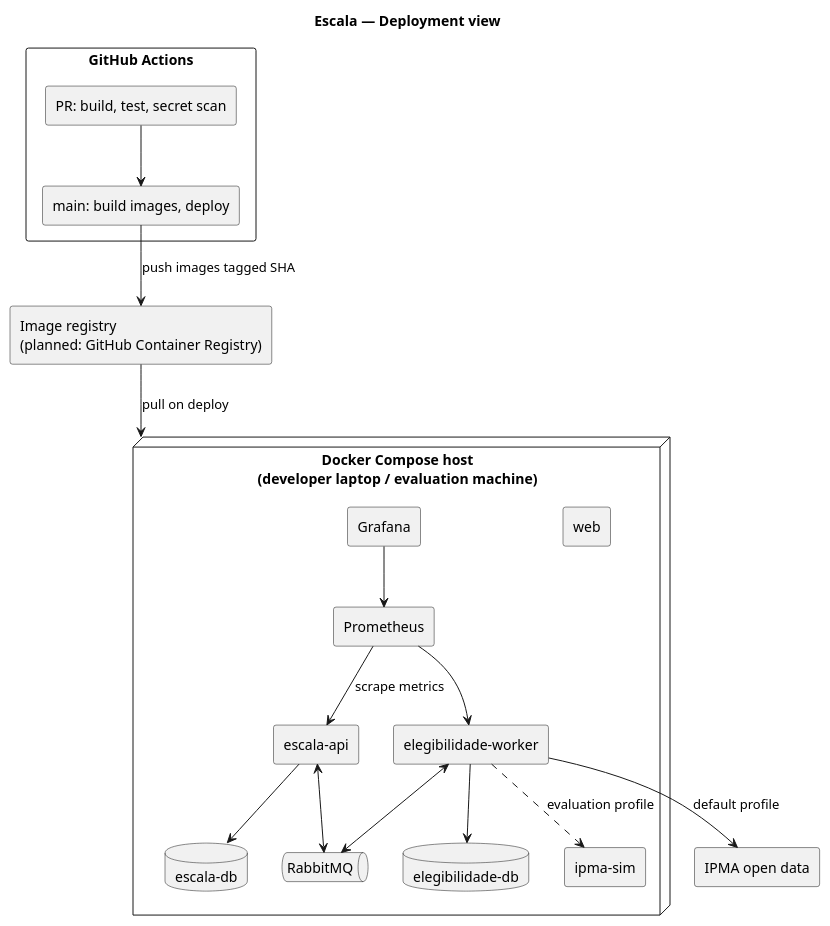
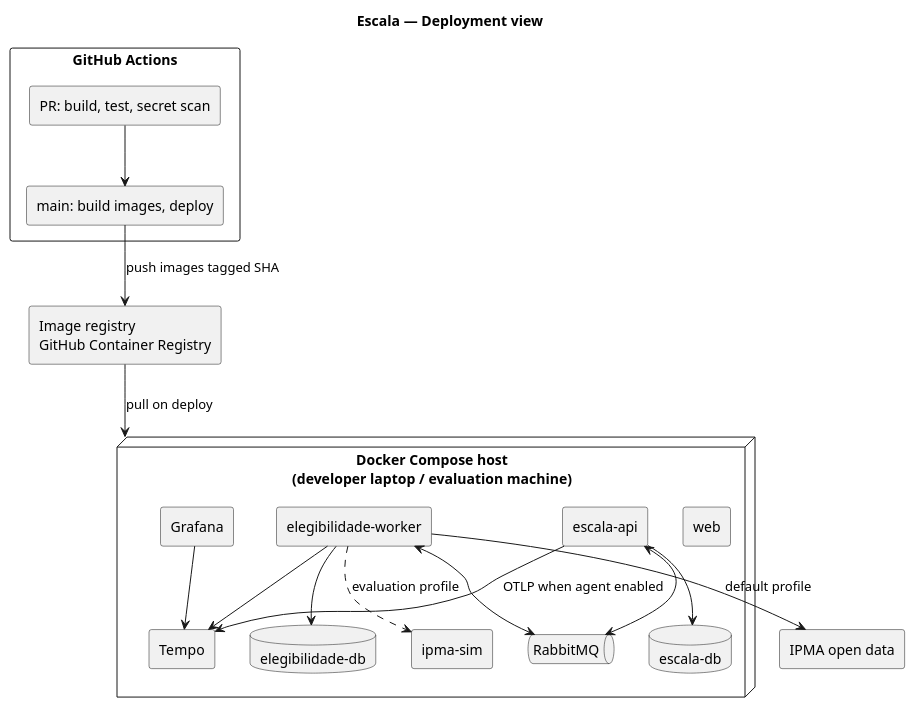
The diagram in docs/architecture/c4-deployment.puml (DiogoC0307/LABDSOF_2627_1221137_1211439_1211514_1250505), drawn with PlantUML before and after one commit. The commit also changed 1 other file, not shown here.

Commit message:
docs(architecture): align technical design with Compose and observability (SCRUM-39)
Record evaluation ports, Tempo and Grafana, ipma-sim on the evaluation profile, and drop Prometheus from the deployment view.

```diff
--- a/docs/architecture/c4-deployment.puml
+++ b/docs/architecture/c4-deployment.puml
@@ -1,40 +1,40 @@
 @startuml
 title Escala — Deployment view
 
 skinparam componentStyle rectangle
 
 rectangle "GitHub Actions" as CI {
   rectangle "PR: build, test, secret scan" as PR
   rectangle "main: build images, deploy" as MAIN
 }
 
-rectangle "Image registry\n(planned: GitHub Container Registry)" as REG
+rectangle "Image registry\nGitHub Container Registry" as REG
 
 node "Docker Compose host\n(developer laptop / evaluation machine)" as HOST {
   component "web" as WEB
   component "escala-api" as API
   component "elegibilidade-worker" as WK
   database "escala-db" as ADB
   database "elegibilidade-db" as WDB
   queue "RabbitMQ" as MQ
   component "ipma-sim" as SIM
-  component "Prometheus" as PROM
+  component "Tempo" as TEMPO
   component "Grafana" as GRAF
 }
 
 rectangle "IPMA open data" as IPMA
 
 PR --> MAIN
 MAIN --> REG : push images tagged SHA
 REG --> HOST : pull on deploy
 API --> ADB
 WK --> WDB
 API <--> MQ
 WK <--> MQ
-PROM --> API : scrape metrics
-PROM --> WK
-GRAF --> PROM
+API --> TEMPO : OTLP when agent enabled
+WK --> TEMPO
+GRAF --> TEMPO
 WK --> IPMA : default profile
 WK ..> SIM : evaluation profile
 
 @enduml
```
